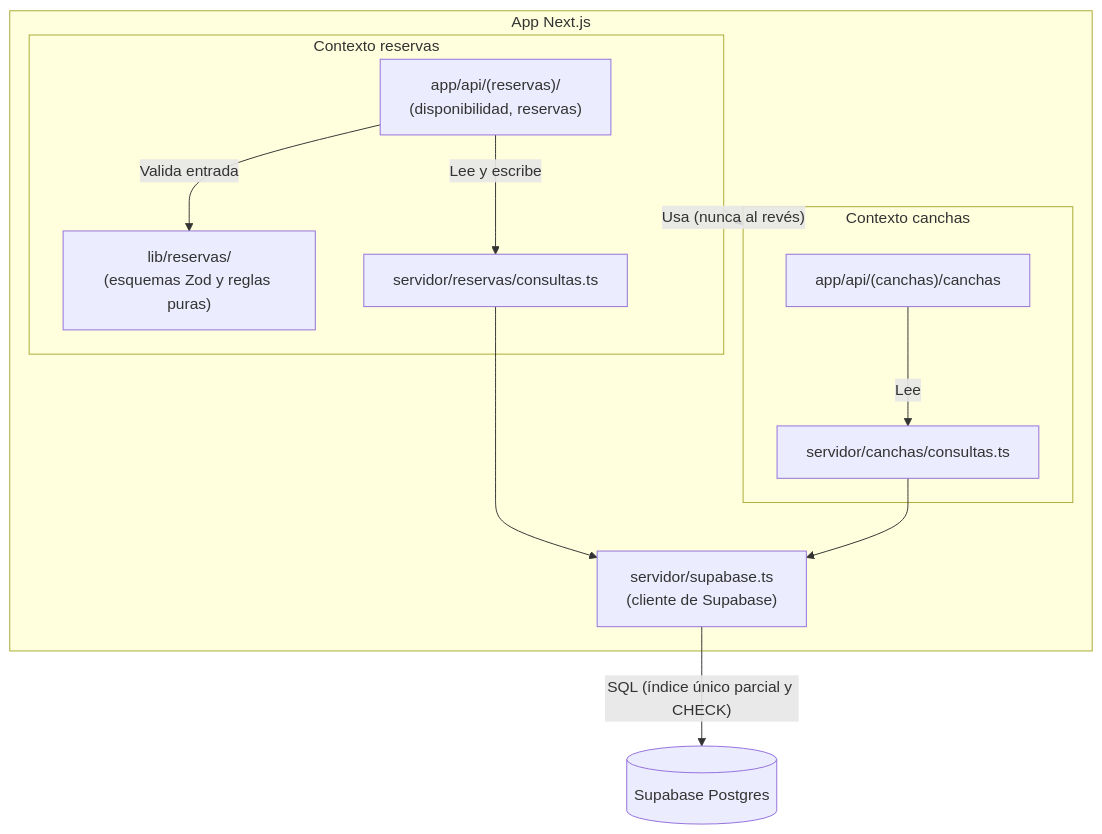
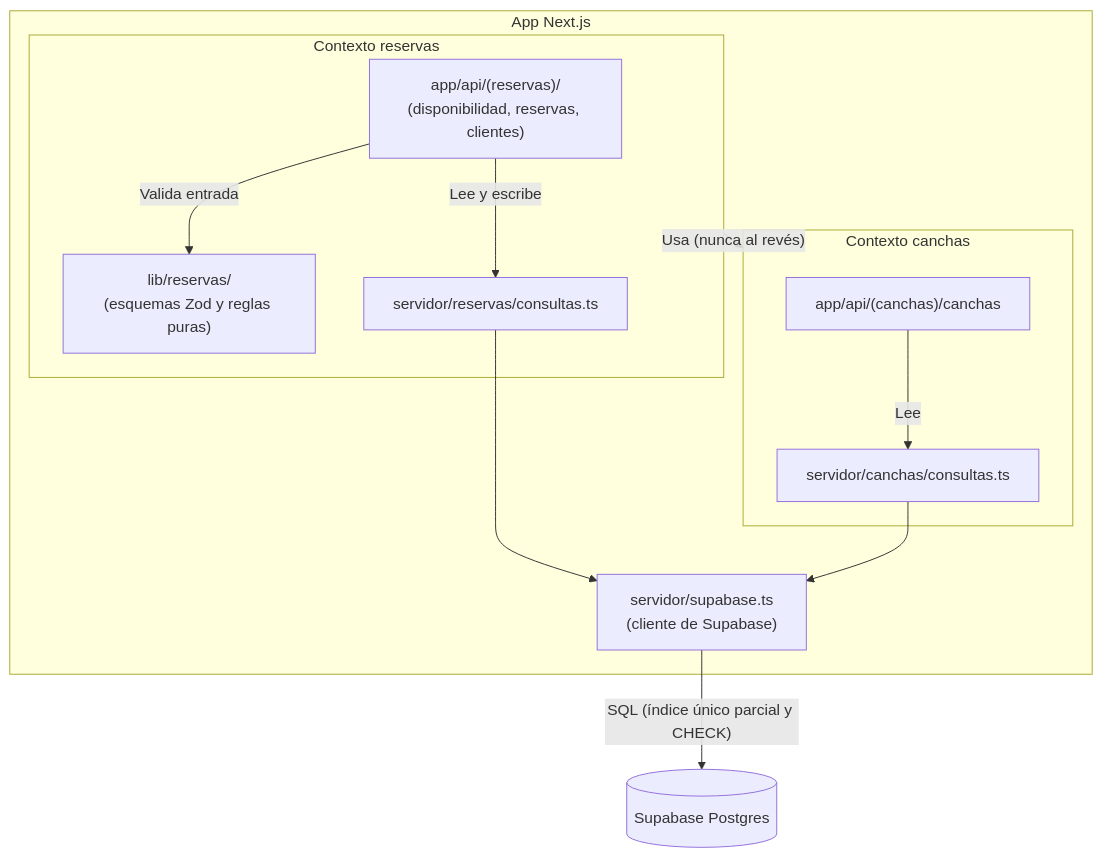
The third of 4 diagrams in docs/arquitectura.md (lsvr94/LSVRRESERVACANCHAS_MOD2), drawn with Mermaid before and after one commit. The commit also changed other lines of this file and 14 other files, not shown here.

````diff
--- a/docs/arquitectura.md
+++ b/docs/arquitectura.md
@@ -45,27 +45,27 @@
 ```mermaid
 flowchart TB
     subgraph app["App Next.js"]
         subgraph ctx_reservas["Contexto reservas"]
-            rutas_reservas["app/api/(reservas)/<br/>(disponibilidad, reservas)"]
+            rutas_reservas["app/api/(reservas)/<br/>(disponibilidad, reservas, clientes)"]
             esquemas["lib/reservas/<br/>(esquemas Zod y reglas puras)"]
             datos_reservas["servidor/reservas/consultas.ts"]
         end
 
         subgraph ctx_canchas["Contexto canchas"]
             ruta_canchas["app/api/(canchas)/canchas"]
             datos_canchas["servidor/canchas/consultas.ts"]
         end
 
         cliente_db["servidor/supabase.ts<br/>(cliente de Supabase)"]
     end
 
     db[("Supabase Postgres")]
 
     rutas_reservas -->|"Valida entrada"| esquemas
     rutas_reservas -->|"Lee y escribe"| datos_reservas
     ruta_canchas -->|"Lee"| datos_canchas
     ctx_reservas -->|"Usa (nunca al revés)"| ctx_canchas
     datos_reservas --> cliente_db
     datos_canchas --> cliente_db
     cliente_db -->|"SQL (índice único parcial y CHECK)"| db
 ```
````
